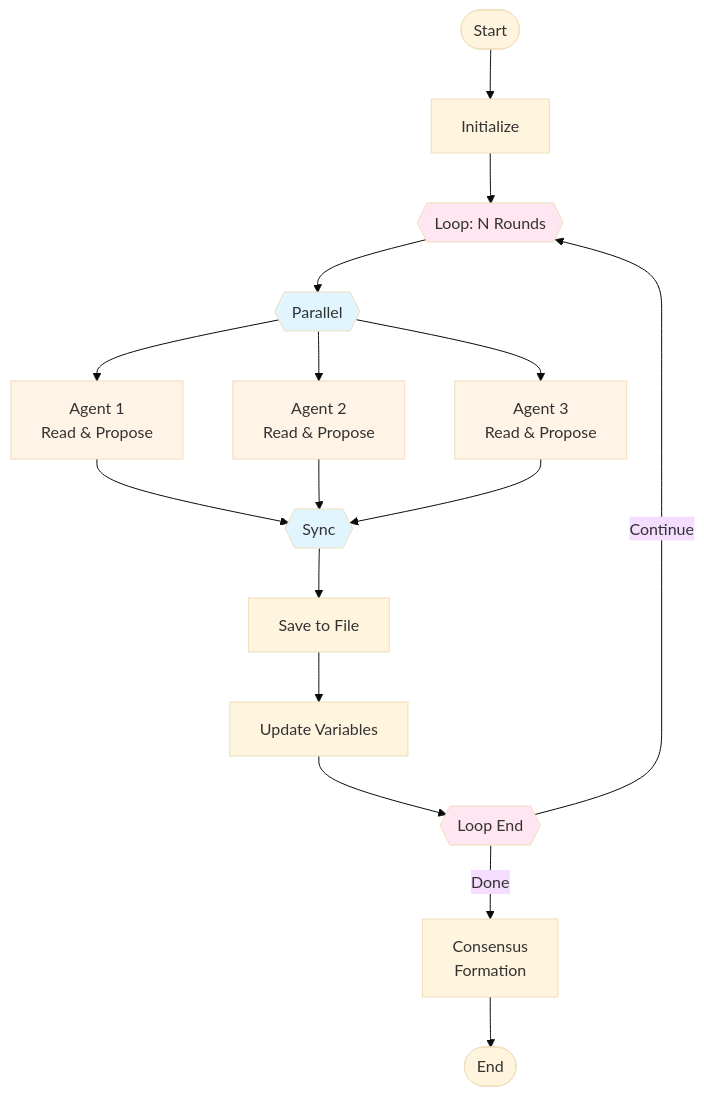
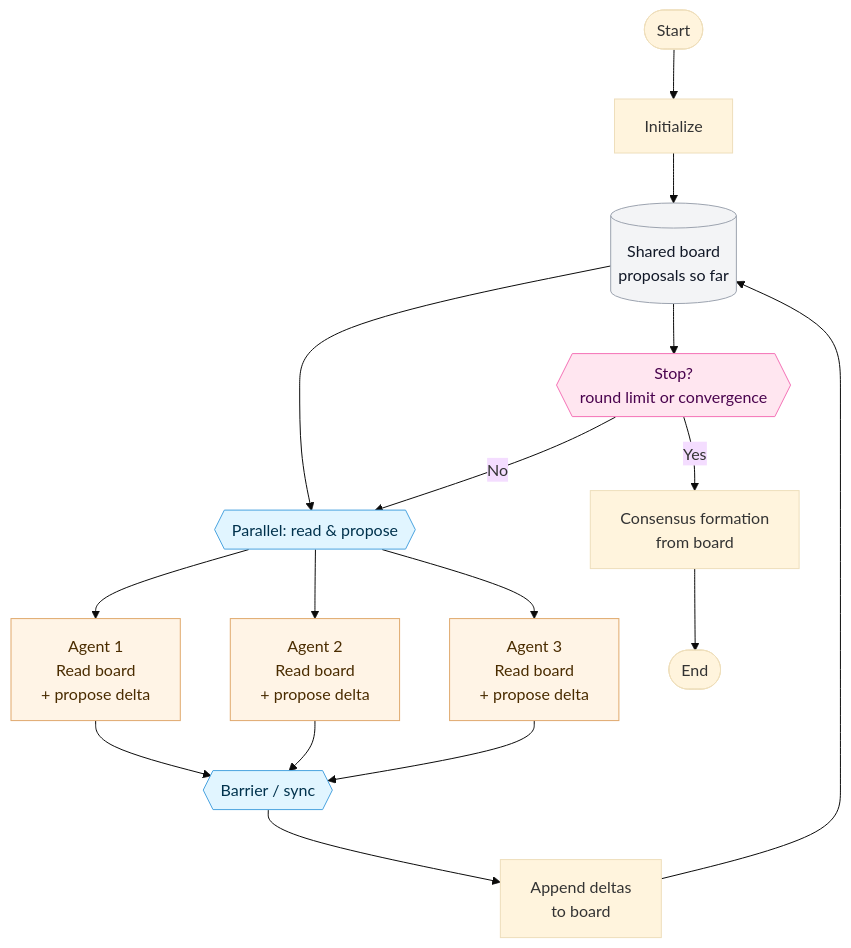
One commit to AntigmaLabs/ante-preview changed the second of 4 diagrams in docs/agent-org.mdx. Above: the diagram before and after it, drawn with Mermaid (base theme). The commit also changed other lines of this file and 3 other files, not shown here.

````diff
--- a/docs/agent-org.mdx
+++ b/docs/agent-org.mdx
@@ -42,32 +43,32 @@
 ```mermaid
 flowchart TB
-    Start([Start]) --> Init[Initialize]
-    Init --> LS{{"Loop: N Rounds"}}
+  classDef control fill:#e1f5ff,stroke:#4aa3df,color:#00324d;
+  classDef agent fill:#fff4e6,stroke:#e0a96d,color:#4a2c00;
+  classDef state fill:#f3f4f6,stroke:#9ca3af,color:#111827;
+  classDef decision fill:#ffe6f0,stroke:#f472b6,color:#4a044e;
 
-    LS --> Par{{"Parallel"}}
+  Start([Start]) --> Init[Initialize]
+  Init --> Board[(Shared board<br/>proposals so far)]
 
-    Par --> A1["Agent 1<br/>Read & Propose"]
-    Par --> A2["Agent 2<br/>Read & Propose"]
-    Par --> A3["Agent 3<br/>Read & Propose"]
+  Board --> Fanout{{Parallel: read & propose}}
+  Fanout --> A1[Agent 1<br/>Read board<br/>+ propose delta]
+  Fanout --> A2[Agent 2<br/>Read board<br/>+ propose delta]
+  Fanout --> A3[Agent 3<br/>Read board<br/>+ propose delta]
 
-    A1 --> Sync{{"Sync"}}
-    A2 --> Sync
-    A3 --> Sync
+  A1 --> Barrier{{Barrier / sync}}
+  A2 --> Barrier
+  A3 --> Barrier
 
-    Sync --> Save[Save to File]
-    Save --> Update[Update Variables]
-    Update --> LE{{"Loop End"}}
+  Barrier --> Merge[Append deltas<br/>to board]
+  Merge --> Board
 
-    LE -->|Continue| LS
-    LE -->|Done| Consensus[Consensus<br/>Formation]
+  Board --> Stop{{Stop?<br/>round limit or convergence}}
+  Stop -->|No| Fanout
+  Stop -->|Yes| Consensus[Consensus formation<br/>from board]
+  Consensus --> End([End])
 
-    Consensus --> End([End])
-
-    style Par fill:#e1f5ff
-    style Sync fill:#e1f5ff
-    style A1 fill:#fff4e6
-    style A2 fill:#fff4e6
-    style A3 fill:#fff4e6
-    style LS fill:#ffe6f0
-    style LE fill:#ffe6f0
+  class Fanout,Barrier control;
+  class A1,A2,A3 agent;
+  class Board state;
+  class Stop decision;
 ```
````
